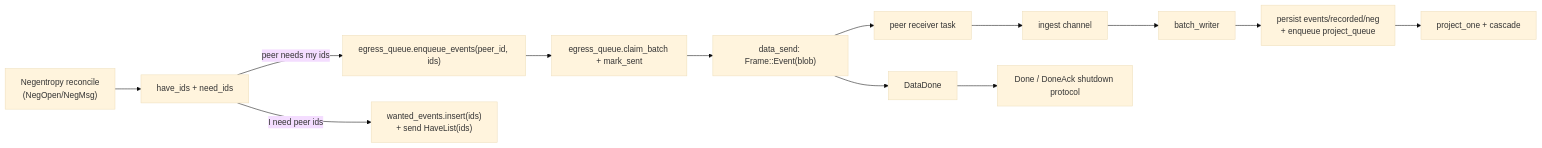
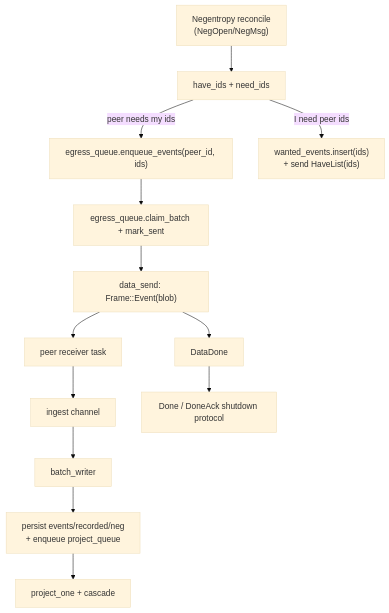
One commit to holmesworcester/topo changed the second of 4 diagrams in docs/CURRENT_RUNTIME_DIAGRAM.md. Above: the diagram before and after it, drawn with Mermaid (base theme). The commit also changed other lines of this file, not shown here.

Commit message:
Make runtime diagrams vertical and add SQLite cylinder view

````diff
--- a/docs/CURRENT_RUNTIME_DIAGRAM.md
+++ b/docs/CURRENT_RUNTIME_DIAGRAM.md
@@ -67,17 +67,17 @@
 ```mermaid
-flowchart LR
+flowchart TD
     NEG["Negentropy reconcile\n(NegOpen/NegMsg)"] --> IDS["have_ids + need_ids"]
     IDS -->|peer needs my ids| ENQ["egress_queue.enqueue_events(peer_id, ids)"]
     IDS -->|I need peer ids| HAVE["wanted_events.insert(ids)\n+ send HaveList(ids)"]
 
     ENQ --> CLAIM["egress_queue.claim_batch + mark_sent"]
     CLAIM --> OUT["data_send: Frame::Event(blob)"]
     OUT --> RX["peer receiver task"]
     RX --> IN["ingest channel"]
     IN --> WRITER["batch_writer"]
     WRITER --> STORE["persist events/recorded/neg\n+ enqueue project_queue"]
     STORE --> PROJ["project_one + cascade"]
 
     OUT --> DD["DataDone"]
     DD --> SHUT["Done / DoneAck shutdown protocol"]
 ```
````
